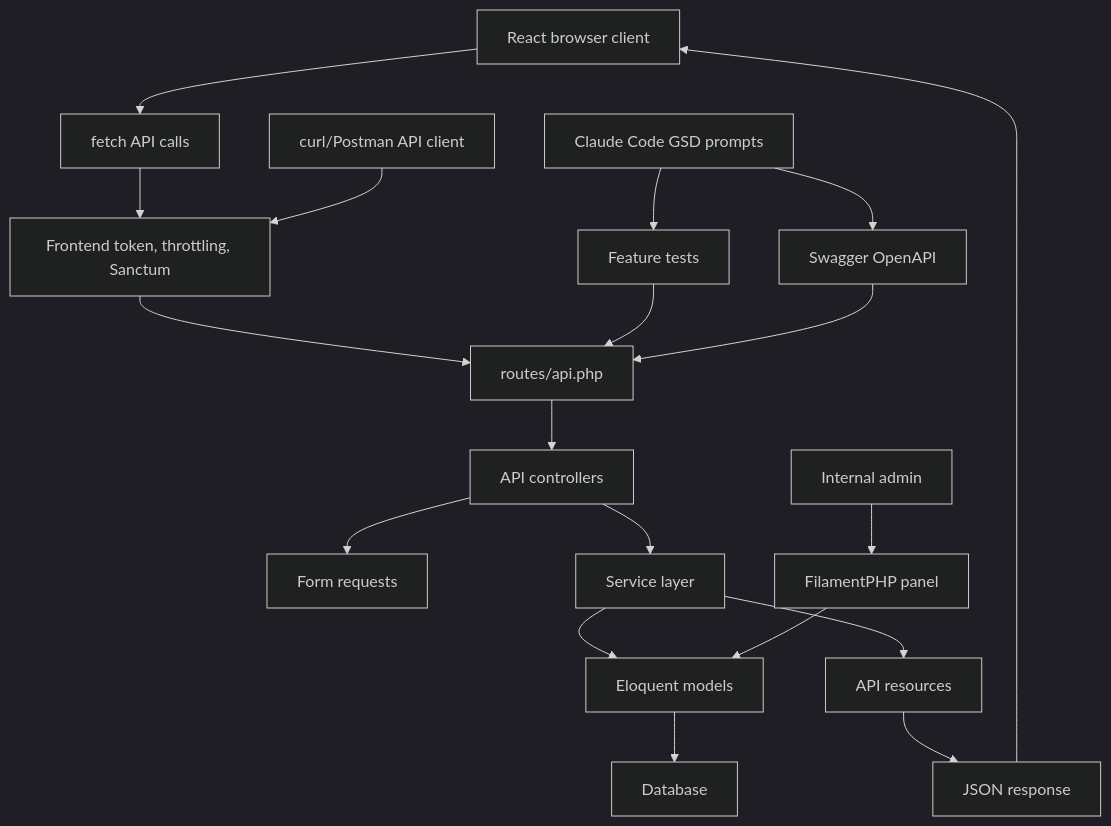
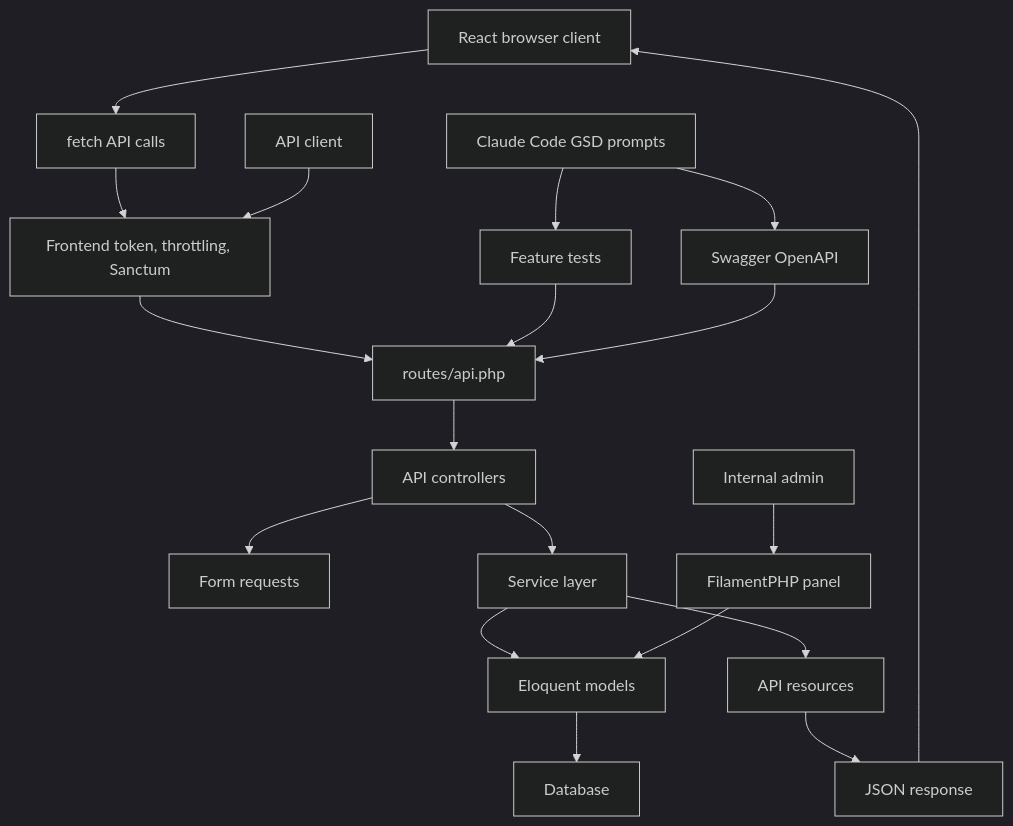
Before and after one commit to habibtalib/laravel-api-tutorial: the second of 2 diagrams in training/overview.md, drawn with Mermaid (dark theme). The commit also changed other lines of this file and 4 other files, not shown here.

````diff
--- a/training/overview.md
+++ b/training/overview.md
@@ -111,23 +111,23 @@
 ```mermaid
 flowchart TB
     Browser["React browser client"] --> Fetch["fetch API calls"]
     Fetch --> Security["Frontend token, throttling, Sanctum"]
-    Client["curl/Postman API client"] --> Security
+    Client["API client"] --> Security
     Security --> Routes["routes/api.php"]
     Routes --> Controllers["API controllers"]
     Controllers --> Requests["Form requests"]
     Controllers --> Services["Service layer"]
     Services --> Models["Eloquent models"]
     Models --> Database["Database"]
     Services --> Resources["API resources"]
     Resources --> Json["JSON response"]
     Json --> Browser
 
     Admin["Internal admin"] --> Filament["FilamentPHP panel"]
     Filament --> Models
 
     Tests["Feature tests"] --> Routes
     Docs["Swagger OpenAPI"] --> Routes
     Assistant["Claude Code GSD prompts"] --> Tests
     Assistant --> Docs
 ```
````
